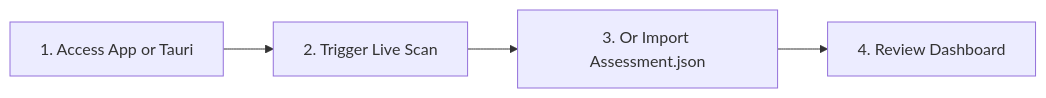
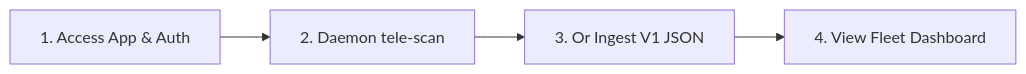
The diagram in docs/GettingStarted.md (rjmad1/1_Sentinel), drawn with Mermaid before and after one commit. The commit also changed other lines of this file and 38 other files, not shown here.

Commit message:
feat(fleet): implement Phase 2 Centralized Fleet Ingestion, Ingress APIs, SSO Auth, and XYFlow Topology Graph

````diff
--- a/docs/GettingStarted.md
+++ b/docs/GettingStarted.md
@@ -9,6 +9,6 @@
 ```mermaid
 graph LR
-    Step1[1. Access App or Tauri] --> Step2[2. Trigger Live Scan]
-    Step2 --> Step3[3. Or Import Assessment.json]
-    Step3 --> Step4[4. Review Dashboard]
+    Step1[1. Access App & Auth] --> Step2[2. Daemon tele-scan]
+    Step2 --> Step3[3. Or Ingest V1 JSON]
+    Step3 --> Step4[4. View Fleet Dashboard]
 ```
````
